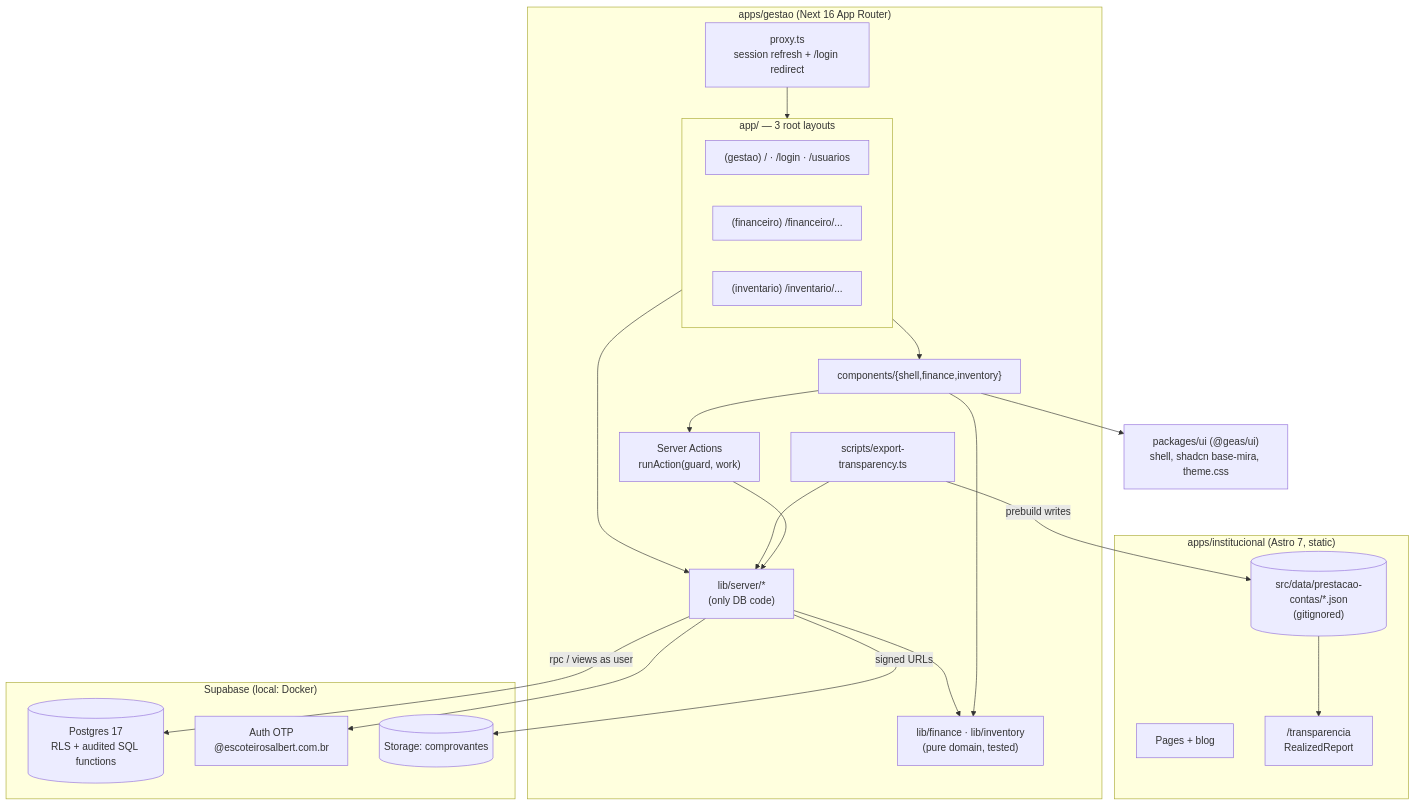
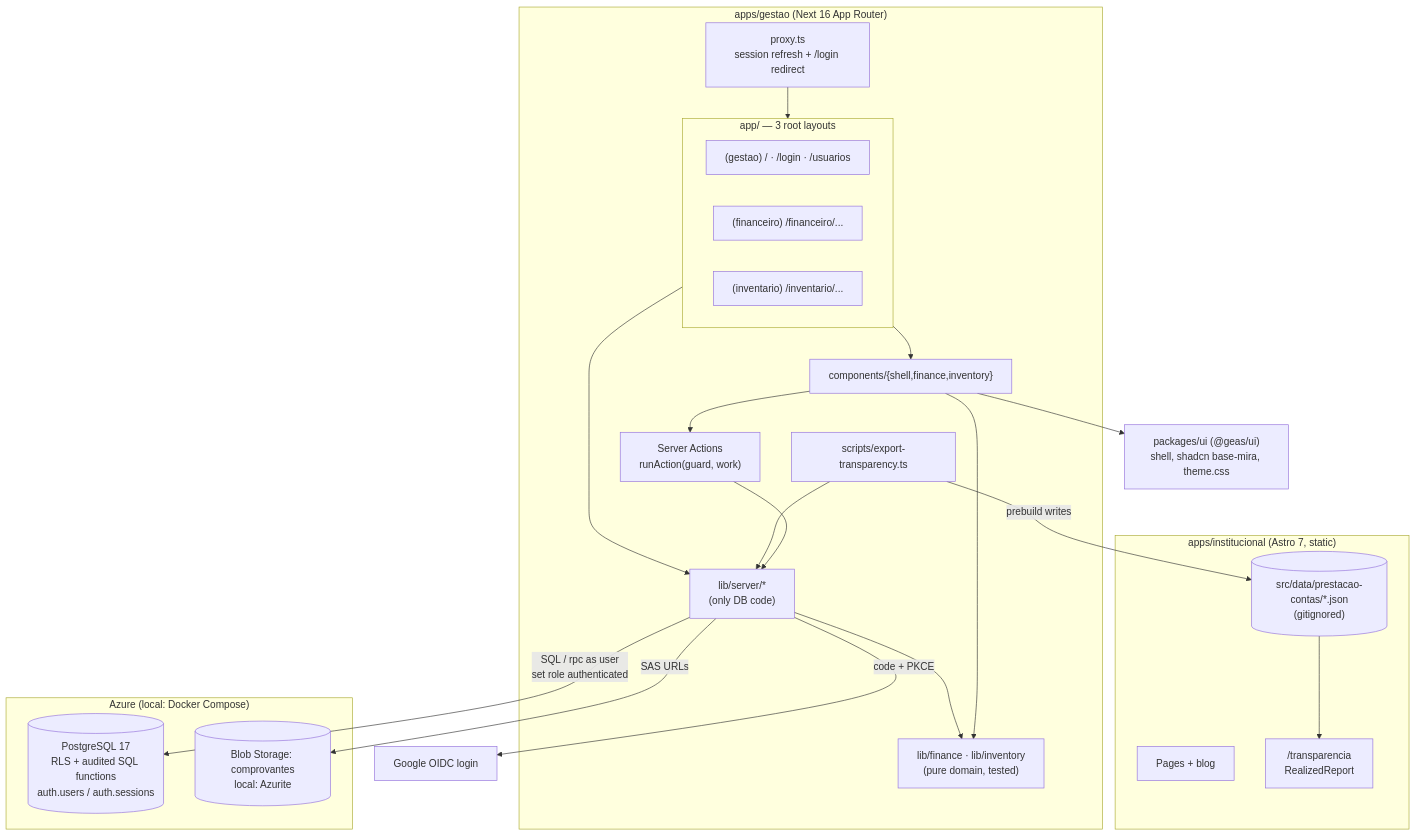
The first of 2 diagrams in docs/CODEBASE_MAP.md (g-beier/escoteiros-albert), drawn with Mermaid before and after one commit. The commit also changed other lines of this file and 259 other files, not shown here.

First line of the commit message:
refactor(gestao): replace supabase with postgres, google login and azure (#8)

````diff
--- a/docs/CODEBASE_MAP.md
+++ b/docs/CODEBASE_MAP.md
@@ -15,42 +15,42 @@
 ```mermaid
 graph TB
     subgraph Public["apps/institucional (Astro 7, static)"]
         Site[Pages + blog]
         Transp["/transparencia<br/>RealizedReport"]
         JSON[("src/data/prestacao-contas/*.json<br/>(gitignored)")]
     end
 
     subgraph Gestao["apps/gestao (Next 16 App Router)"]
         Proxy[proxy.ts<br/>session refresh + /login redirect]
         subgraph Routes["app/ — 3 root layouts"]
             G["(gestao) / · /login · /usuarios"]
             F["(financeiro) /financeiro/..."]
             I["(inventario) /inventario/..."]
         end
         Actions["Server Actions<br/>runAction(guard, work)"]
         Comps["components/{shell,finance,inventory}"]
         Domain["lib/finance · lib/inventory<br/>(pure domain, tested)"]
         Server["lib/server/*<br/>(only DB code)"]
         Script[scripts/export-transparency.ts]
     end
 
     UI["packages/ui (@geas/ui)<br/>shell, shadcn base-mira, theme.css"]
 
-    subgraph Supabase["Supabase (local: Docker)"]
-        PG[(Postgres 17<br/>RLS + audited SQL functions)]
-        Auth[Auth OTP<br/>@escoteirosalbert.com.br]
-        Store[(Storage: comprovantes)]
+    subgraph Azure["Azure (local: Docker Compose)"]
+        PG[(PostgreSQL 17<br/>RLS + audited SQL functions<br/>auth.users / auth.sessions)]
+        Store[(Blob Storage: comprovantes<br/>local: Azurite)]
     end
+    Google[Google OIDC login]
 
     Proxy --> Routes
     Routes --> Comps --> UI
     Routes --> Server
     Comps --> Actions --> Server
     Comps --> Domain
     Server --> Domain
-    Server -->|rpc / views as user| PG
-    Server --> Auth
-    Server -->|signed URLs| Store
+    Server -->|SQL / rpc as user<br/>set role authenticated| PG
+    Server -->|code + PKCE| Google
+    Server -->|SAS URLs| Store
     Script --> Server
     Script -->|prebuild writes| JSON --> Transp
 ```
````
